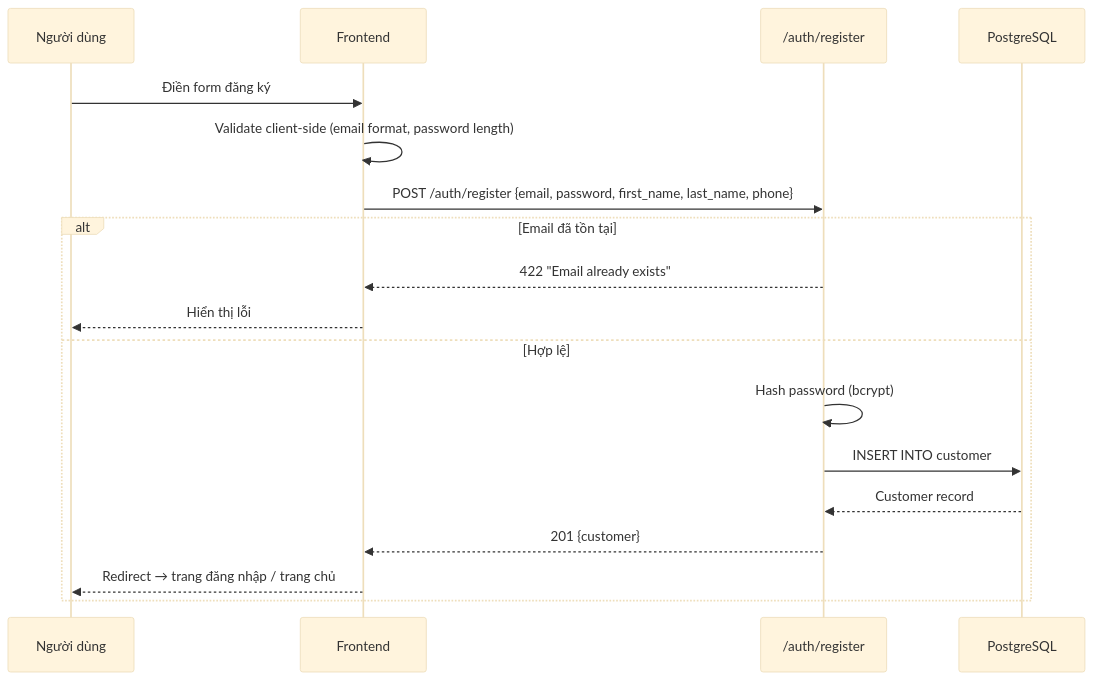
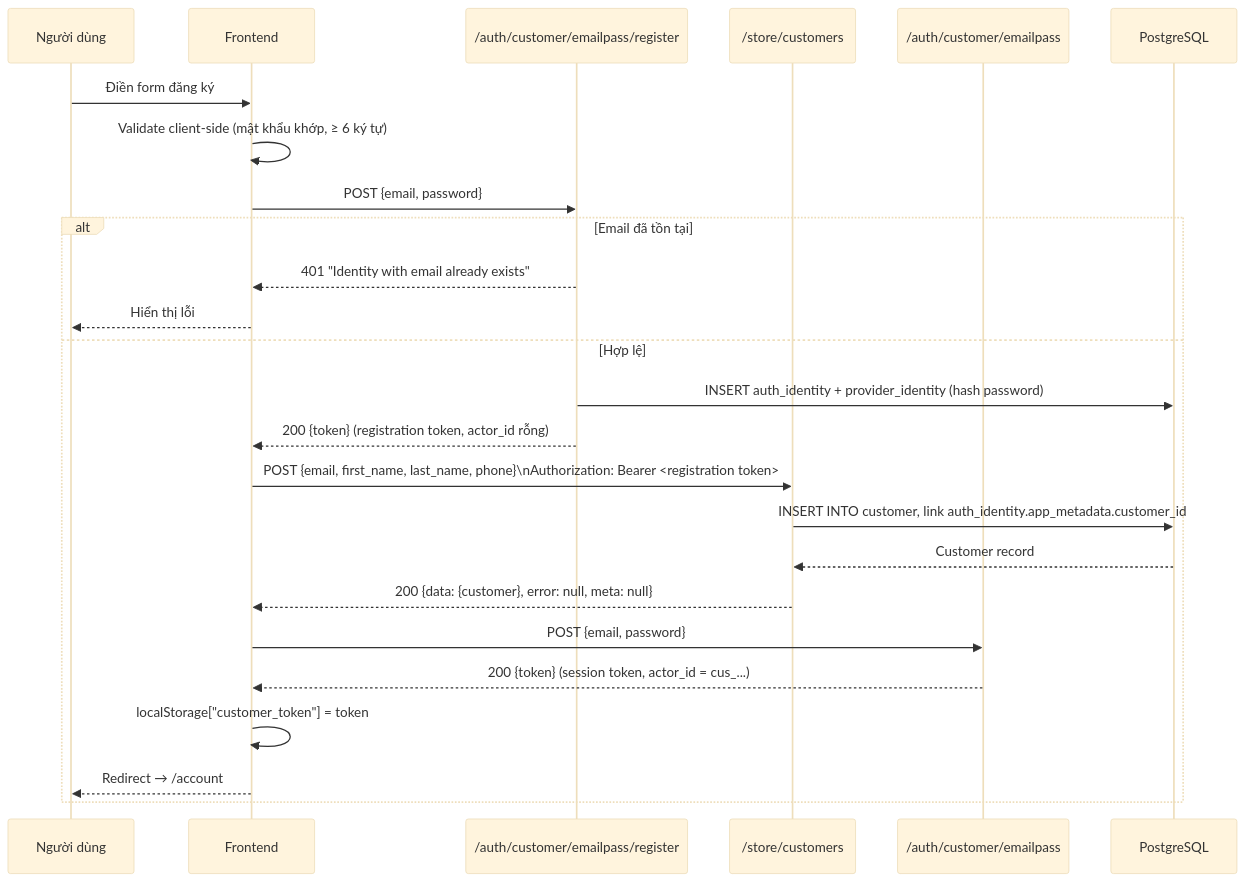
Before and after one commit to pathust/mong.fruitboxz: the first of 5 diagrams in docs/01-auth/flows.md, drawn with Mermaid (base theme). The commit also changed other lines of this file and 1 other file, not shown here.

````diff
--- a/docs/01-auth/flows.md
+++ b/docs/01-auth/flows.md
@@ -7,22 +9,29 @@
 ```mermaid
 sequenceDiagram
     participant U as Người dùng
     participant SF as Frontend
-    participant API as /auth/register
+    participant AUTH as /auth/customer/emailpass/register
+    participant CUST as /store/customers
+    participant LOGIN as /auth/customer/emailpass
     participant DB as PostgreSQL
 
     U->>SF: Điền form đăng ký
-    SF->>SF: Validate client-side (email format, password length)
-    SF->>API: POST /auth/register {email, password, first_name, last_name, phone}
+    SF->>SF: Validate client-side (mật khẩu khớp, ≥ 6 ký tự)
+    SF->>AUTH: POST {email, password}
 
     alt Email đã tồn tại
-        API-->>SF: 422 "Email already exists"
+        AUTH-->>SF: 401 "Identity with email already exists"
         SF-->>U: Hiển thị lỗi
     else Hợp lệ
-        API->>API: Hash password (bcrypt)
-        API->>DB: INSERT INTO customer
-        DB-->>API: Customer record
-        API-->>SF: 201 {customer}
-        SF-->>U: Redirect → trang đăng nhập / trang chủ
+        AUTH->>DB: INSERT auth_identity + provider_identity (hash password)
+        AUTH-->>SF: 200 {token} (registration token, actor_id rỗng)
+        SF->>CUST: POST {email, first_name, last_name, phone}\nAuthorization: Bearer <registration token>
+        CUST->>DB: INSERT INTO customer, link auth_identity.app_metadata.customer_id
+        DB-->>CUST: Customer record
+        CUST-->>SF: 200 {data: {customer}, error: null, meta: null}
+        SF->>LOGIN: POST {email, password}
+        LOGIN-->>SF: 200 {token} (session token, actor_id = cus_...)
+        SF->>SF: localStorage["customer_token"] = token
+        SF-->>U: Redirect → /account
     end
 ```
````
